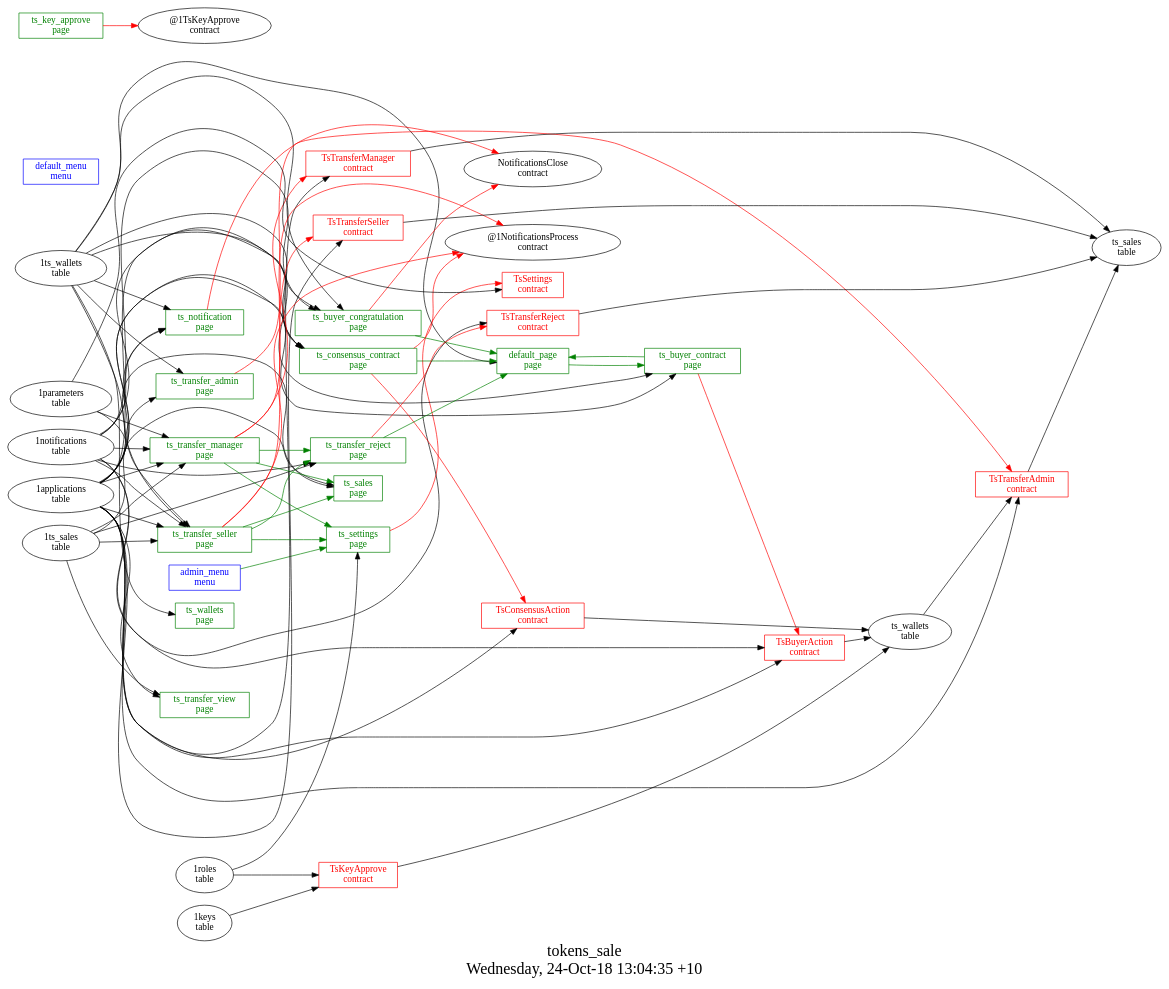
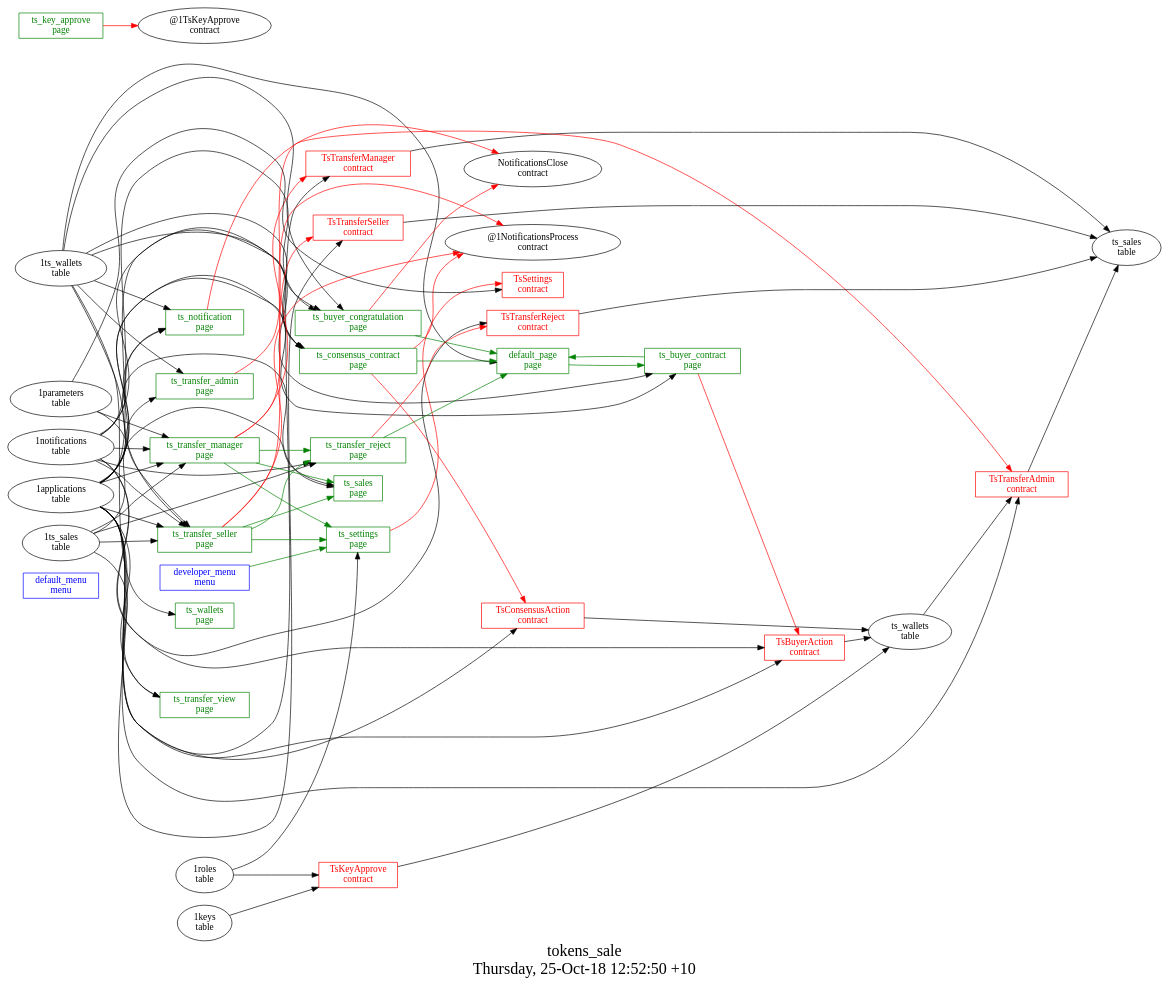
Before and after one commit to AplaProject/apps: the diagram in other/tokens_sale/struct.dot, drawn with Graphviz. The commit also changed 25 other files, not shown here.

```diff
--- a/other/tokens_sale/struct.dot
+++ b/other/tokens_sale/struct.dot
@@ -1,108 +1,108 @@
 digraph G {
 fontsize="24";
-label="tokens_sale\nWednesday, 24-Oct-18 13:04:35 +10";
+label="tokens_sale\nThursday, 25-Oct-18 12:52:50 +10";
 nojustify=true;
 ordering=out;
 rankdir=LR;
 size="30";
-"admin_menu\nmenu" -> "ts_settings\npage"  [ color=green ]
-"admin_menu\nmenu" [color=blue, fontcolor=blue, group=menus, shape=record];
 "default_menu\nmenu" [color=blue, fontcolor=blue, group=menus, shape=record];
+"developer_menu\nmenu" -> "ts_settings\npage"  [ color=green ]
+"developer_menu\nmenu" [color=blue, fontcolor=blue, group=menus, shape=record];
 "1ts_wallets\ntable" -> "default_page\npage"
 "default_page\npage" -> "ts_buyer_contract\npage"  [ color=green ]
 "default_page\npage" [color=green, fontcolor=green, group=pages, shape=record];
 "ts_buyer_congratulation\npage" -> "NotificationsClose\ncontract"  [ color=red ]
 "1applications\ntable" -> "ts_buyer_congratulation\npage"
 "1notifications\ntable" -> "ts_buyer_congratulation\npage"
 "1ts_wallets\ntable" -> "ts_buyer_congratulation\npage"
 "ts_buyer_congratulation\npage" -> "default_page\npage"  [ color=green ]
 "ts_buyer_congratulation\npage" [color=green, fontcolor=green, group=pages, shape=record];
 "ts_buyer_contract\npage" -> "TsBuyerAction\ncontract"  [ color=red ]
 "1applications\ntable" -> "ts_buyer_contract\npage"
 "1ts_wallets\ntable" -> "ts_buyer_contract\npage"
 "ts_buyer_contract\npage" -> "default_page\npage"  [ color=green ]
 "ts_buyer_contract\npage" [color=green, fontcolor=green, group=pages, shape=record];
 "ts_consensus_contract\npage" -> "TsConsensusAction\ncontract"  [ color=red ]
 "ts_consensus_contract\npage" -> "@1NotificationsProcess\ncontract"  [ color=red ]
 "1applications\ntable" -> "ts_consensus_contract\npage"
 "1notifications\ntable" -> "ts_consensus_contract\npage"
 "1ts_wallets\ntable" -> "ts_consensus_contract\npage"
 "ts_consensus_contract\npage" -> "default_page\npage"  [ color=green ]
 "ts_consensus_contract\npage" [color=green, fontcolor=green, group=pages, shape=record];
 "ts_key_approve\npage" -> "@1TsKeyApprove\ncontract"  [ color=red ]
 "ts_key_approve\npage" [color=green, fontcolor=green, group=pages, shape=record];
 "ts_notification\npage" -> "NotificationsClose\ncontract"  [ color=red ]
 "1applications\ntable" -> "ts_notification\npage"
 "1notifications\ntable" -> "ts_notification\npage"
 "1ts_wallets\ntable" -> "ts_notification\npage"
 "ts_notification\npage" [color=green, fontcolor=green, group=pages, shape=record];
 "1applications\ntable" -> "ts_sales\npage"
 "1ts_sales\ntable" -> "ts_sales\npage"
 "ts_sales\npage" [color=green, fontcolor=green, group=pages, shape=record];
 "ts_settings\npage" -> "TsSettings\ncontract"  [ color=red ]
 "1roles\ntable" -> "ts_settings\npage"
 "ts_settings\npage" [color=green, fontcolor=green, group=pages, shape=record];
 "ts_transfer_admin\npage" -> "TsTransferAdmin\ncontract"  [ color=red ]
 "1applications\ntable" -> "ts_transfer_admin\npage"
 "1ts_wallets\ntable" -> "ts_transfer_admin\npage"
 "ts_transfer_admin\npage" [color=green, fontcolor=green, group=pages, shape=record];
 "ts_transfer_manager\npage" -> "TsTransferManager\ncontract"  [ color=red ]
 "ts_transfer_manager\npage" -> "@1NotificationsProcess\ncontract"  [ color=red ]
 "1applications\ntable" -> "ts_transfer_manager\npage"
 "1notifications\ntable" -> "ts_transfer_manager\npage"
 "1ts_sales\ntable" -> "ts_transfer_manager\npage"
 "1parameters\ntable" -> "ts_transfer_manager\npage"
 "ts_transfer_manager\npage" -> "ts_transfer_reject\npage"  [ color=green ]
 "ts_transfer_manager\npage" -> "ts_sales\npage"  [ color=green ]
 "ts_transfer_manager\npage" -> "ts_settings\npage"  [ color=green ]
 "ts_transfer_manager\npage" [color=green, fontcolor=green, group=pages, shape=record];
 "ts_transfer_reject\npage" -> "TsTransferReject\ncontract"  [ color=red ]
 "1notifications\ntable" -> "ts_transfer_reject\npage"
 "1ts_sales\ntable" -> "ts_transfer_reject\npage"
 "ts_transfer_reject\npage" -> "default_page\npage"  [ color=green ]
 "ts_transfer_reject\npage" [color=green, fontcolor=green, group=pages, shape=record];
 "ts_transfer_seller\npage" -> "TsTransferSeller\ncontract"  [ color=red ]
 "ts_transfer_seller\npage" -> "@1NotificationsProcess\ncontract"  [ color=red ]
 "1applications\ntable" -> "ts_transfer_seller\npage"
 "1notifications\ntable" -> "ts_transfer_seller\npage"
 "1ts_sales\ntable" -> "ts_transfer_seller\npage"
 "1ts_wallets\ntable" -> "ts_transfer_seller\npage"
 "1parameters\ntable" -> "ts_transfer_seller\npage"
 "ts_transfer_seller\npage" -> "ts_transfer_reject\npage"  [ color=green ]
 "ts_transfer_seller\npage" -> "ts_sales\npage"  [ color=green ]
 "ts_transfer_seller\npage" -> "ts_settings\npage"  [ color=green ]
 "ts_transfer_seller\npage" [color=green, fontcolor=green, group=pages, shape=record];
 "1applications\ntable" -> "ts_transfer_view\npage"
 "1ts_sales\ntable" -> "ts_transfer_view\npage"
 "ts_transfer_view\npage" [color=green, fontcolor=green, group=pages, shape=record];
 "1ts_wallets\ntable" -> "ts_wallets\npage"
 "ts_wallets\npage" [color=green, fontcolor=green, group=pages, shape=record];
 "TsBuyerAction\ncontract" -> "ts_wallets\ntable"  [ color="" ]
 "1applications\ntable" -> "TsBuyerAction\ncontract"
 "1notifications\ntable" -> "TsBuyerAction\ncontract"
 "TsBuyerAction\ncontract" [color=red, fontcolor=red, group=contracts, shape=record];
 "TsConsensusAction\ncontract" -> "ts_wallets\ntable"  [ color="" ]
 "1applications\ntable" -> "TsConsensusAction\ncontract"
 "TsConsensusAction\ncontract" [color=red, fontcolor=red, group=contracts, shape=record];
 "TsKeyApprove\ncontract" -> "ts_wallets\ntable"  [ color="" ]
 "1keys\ntable" -> "TsKeyApprove\ncontract"
 "1roles\ntable" -> "TsKeyApprove\ncontract"
 "TsKeyApprove\ncontract" [color=red, fontcolor=red, group=contracts, shape=record];
 "1parameters\ntable" -> "TsSettings\ncontract"
 "TsSettings\ncontract" [color=red, fontcolor=red, group=contracts, shape=record];
 "TsTransferAdmin\ncontract" -> "ts_sales\ntable"  [ color="" ]
 "1applications\ntable" -> "TsTransferAdmin\ncontract"
 "ts_wallets\ntable" -> "TsTransferAdmin\ncontract"
 "TsTransferAdmin\ncontract" [color=red, fontcolor=red, group=contracts, shape=record];
 "TsTransferManager\ncontract" -> "ts_sales\ntable"  [ color="" ]
 "1applications\ntable" -> "TsTransferManager\ncontract"
 "TsTransferManager\ncontract" [color=red, fontcolor=red, group=contracts, shape=record];
 "TsTransferReject\ncontract" -> "ts_sales\ntable"  [ color="" ]
 "1notifications\ntable" -> "TsTransferReject\ncontract"
 "TsTransferReject\ncontract" [color=red, fontcolor=red, group=contracts, shape=record];
 "TsTransferSeller\ncontract" -> "ts_sales\ntable"  [ color="" ]
 "1applications\ntable" -> "TsTransferSeller\ncontract"
 "TsTransferSeller\ncontract" [color=red, fontcolor=red, group=contracts, shape=record];
 "ts_sales\ntable" [color="", fontcolor="", group=tables, shape=""];
 "ts_wallets\ntable" [color="", fontcolor="", group=tables, shape=""];
 }
```
